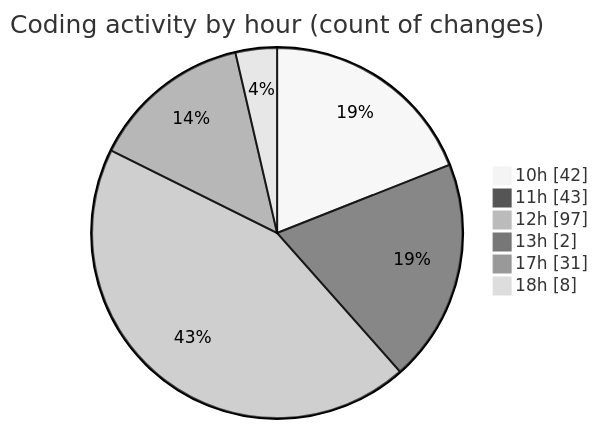
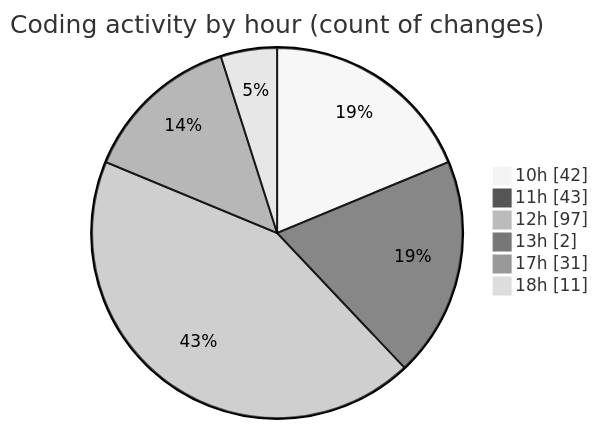
The second of 2 diagrams in 2025-05-15/ecodeli-1/README.md (CELIANVF/code-tracking), drawn with Mermaid (neutral theme) before and after one commit. The commit also changed other lines of this file and 1 other file, not shown here.

````diff
--- a/2025-05-15/ecodeli-1/README.md
+++ b/2025-05-15/ecodeli-1/README.md
@@ -82,10 +82,10 @@
 ```mermaid
 pie showData
 title Coding activity by hour (count of changes)
 "10h" : 42
 "11h" : 43
 "12h" : 97
 "13h" : 2
 "17h" : 31
-"18h" : 8
+"18h" : 11
 ```
````
